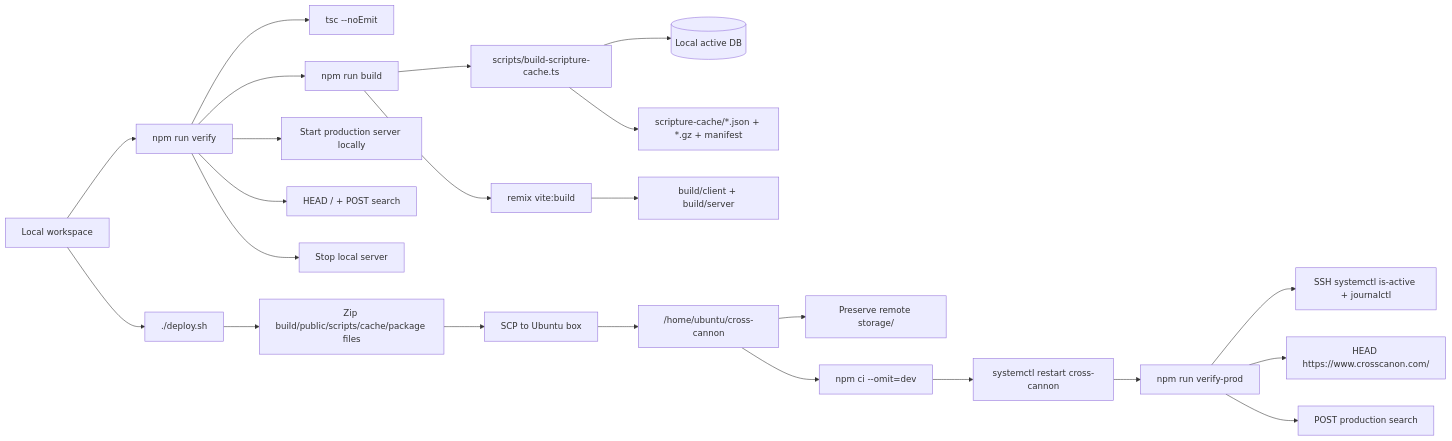
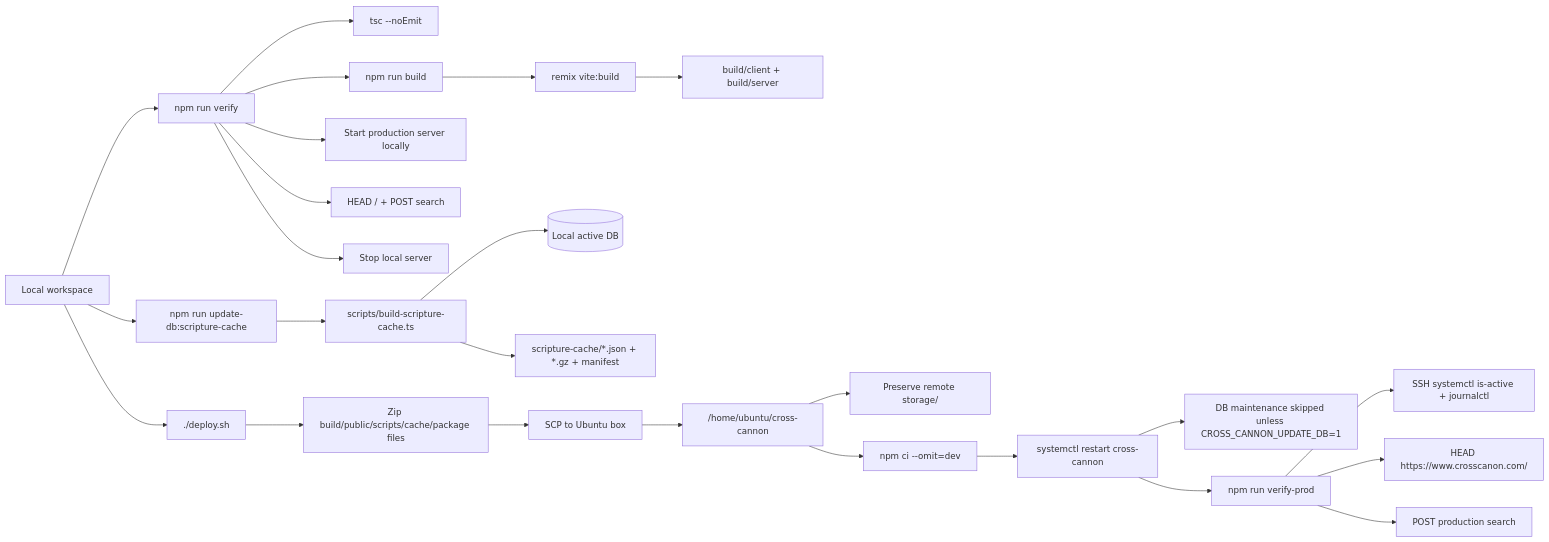
The fifth of 5 diagrams in docs/architecture.md (jacksonStone/cross-cannon), drawn with Mermaid before and after one commit. The commit also changed 4 other files, not shown here.

````diff
--- a/docs/architecture.md
+++ b/docs/architecture.md
@@ -158,28 +158,31 @@
 ```mermaid
 flowchart LR
   Dev[Local workspace] --> Verify[npm run verify]
   Verify --> Typecheck[tsc --noEmit]
   Verify --> Build[npm run build]
   Verify --> LocalServer[Start production server locally]
   Verify --> LocalSmoke["HEAD / + POST search"]
   Verify --> StopServer[Stop local server]
 
-  Build --> CacheScript["scripts/build-scripture-cache.ts"]
+  Build --> RemixBuild["remix vite:build"]
+  RemixBuild --> BuildDir["build/client + build/server"]
+
+  Dev --> UpdateDbCache["npm run update-db:scripture-cache"]
+  UpdateDbCache --> CacheScript["scripts/build-scripture-cache.ts"]
   CacheScript --> DB[("Local active DB")]
   CacheScript --> CacheArtifacts["scripture-cache/*.json + *.gz + manifest"]
-  Build --> RemixBuild["remix vite:build"]
-  RemixBuild --> BuildDir["build/client + build/server"]
 
   Dev --> Deploy["./deploy.sh"]
   Deploy --> Package["Zip build/public/scripts/cache/package files"]
   Package --> SCP[SCP to Ubuntu box]
   SCP --> Remote["/home/ubuntu/cross-cannon"]
   Remote --> PreserveStorage["Preserve remote storage/"]
   Remote --> NpmCi[npm ci --omit=dev]
   NpmCi --> Restart[systemctl restart cross-cannon]
+  Restart --> RuntimeDbGuard["DB maintenance skipped unless CROSS_CANNON_UPDATE_DB=1"]
 
   Restart --> VerifyProd[npm run verify-prod]
   VerifyProd --> Systemd[SSH systemctl is-active + journalctl]
   VerifyProd --> LiveHead["HEAD https://www.crosscanon.com/"]
   VerifyProd --> LivePost[POST production search]
 ```
````
